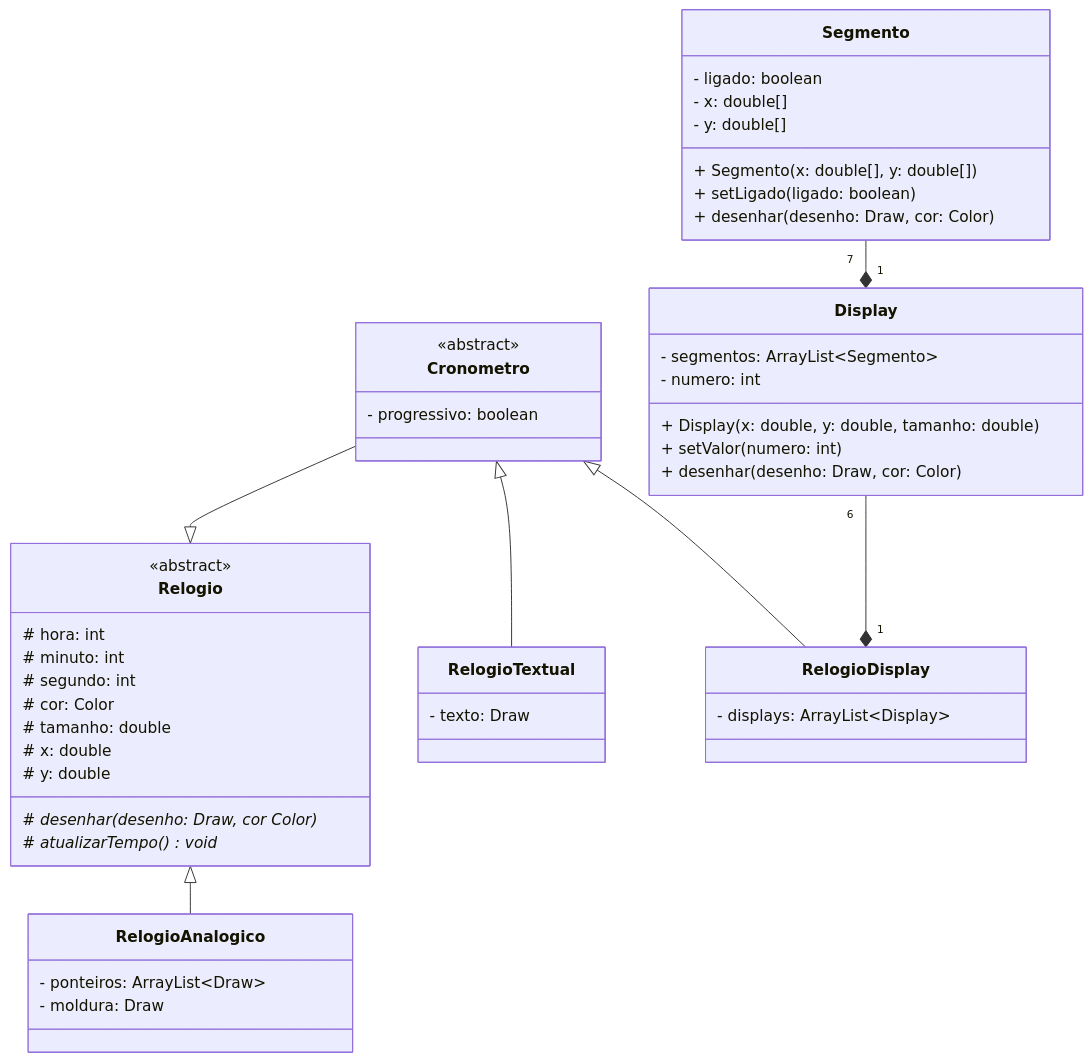
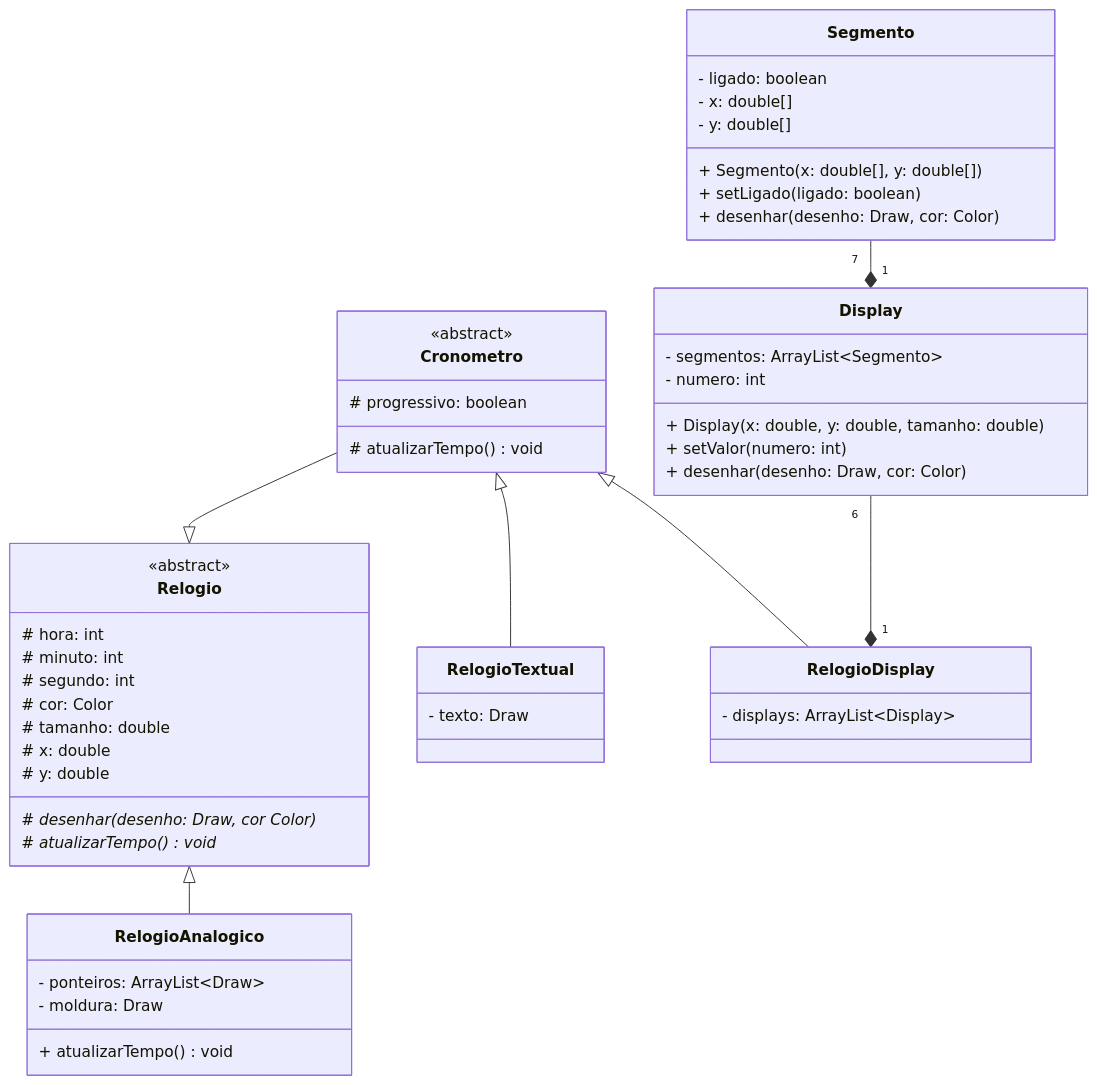
One commit to sfvini/POO changed the diagram in lab_06/README.md. Above: the diagram before and after it, drawn with Mermaid.

Commit message:
aaaaaaaa

````diff
--- a/lab_06/README.md
+++ b/lab_06/README.md
@@ -1,64 +1,66 @@
 ```mermaid
 classDiagram
 direction BT
 
     RelogioDisplay --|> Cronometro
     RelogioTextual --|> Cronometro
     RelogioAnalogico --|> Relogio
 
     RelogioDisplay "1" *-- "6" Display
     Display "1" *-- "7" Segmento
 
     Relogio <|-- Cronometro
     
     class Relogio {
         <<abstract>>
                 # hora: int
                 # minuto: int
                 # segundo: int
                 # cor: Color
                 # tamanho: double
                 # x: double
                 # y: double
                 # desenhar(desenho: Draw, cor Color)*
                 # atualizarTempo() void*
     }
 
     class Cronometro {
         <<abstract>>
-        - progressivo: boolean
+        # progressivo: boolean
+        # atualizarTempo() void
     }
 
     class RelogioDisplay {
         - displays: ArrayList~Display~
     }
 
     class RelogioTextual {
         - texto: Draw
     }
 
     class RelogioAnalogico {
         - ponteiros: ArrayList~Draw~
         - moldura: Draw
+        + atualizarTempo() void
     }
 
     class Display {
         - segmentos: ArrayList~Segmento~
         - numero: int
         + Display(x: double, y: double, tamanho: double)
         + setValor(numero: int)
         + desenhar(desenho: Draw, cor: Color)
     }
 
     class Segmento {
         - ligado: boolean
         - x: double[]
         - y: double[]
         + Segmento(x: double[], y: double[])
         + setLigado(ligado: boolean)
         + desenhar(desenho: Draw, cor: Color)
     }
 
 
 
 ```
````
